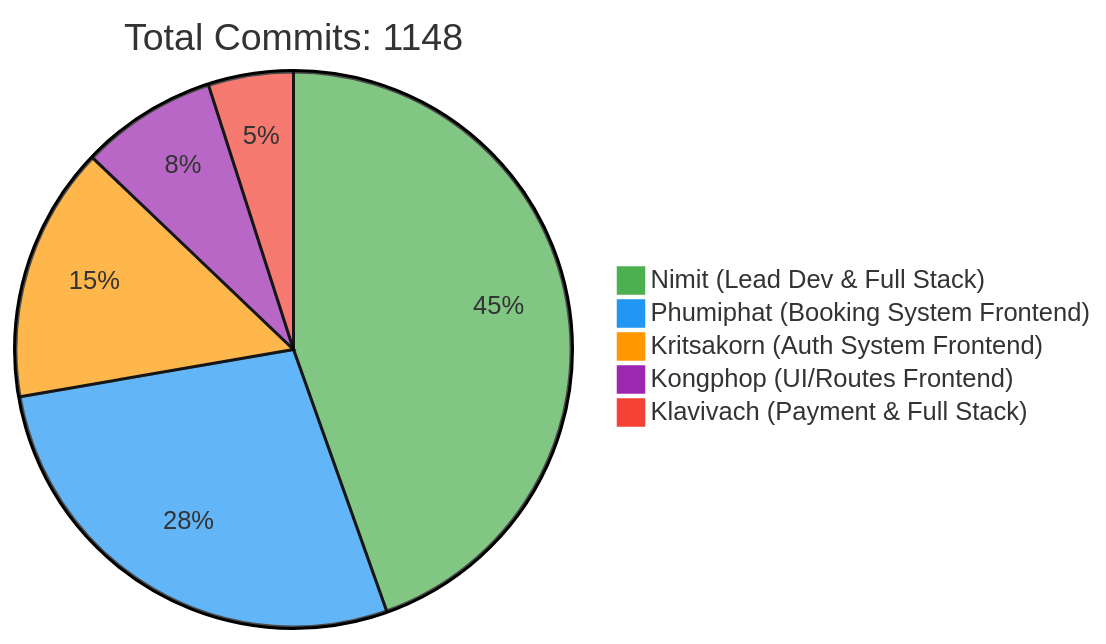
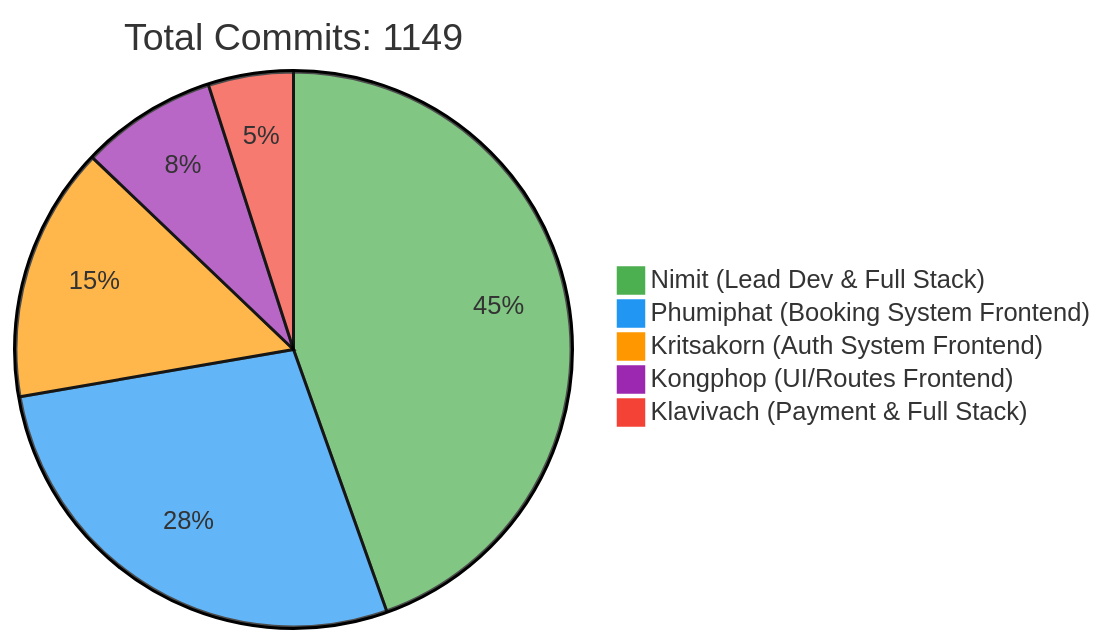
One commit to 6531503042/Sport-Complex changed the first of 2 diagrams in README.md. Above: the diagram before and after it, drawn with Mermaid. The commit also changed other lines of this file, not shown here.

Commit message:
docs: Update contributor statistics [skip ci]

````diff
--- a/README.md
+++ b/README.md
@@ -257,10 +257,10 @@
 ```mermaid
 %%{init: {'theme': 'base', 'themeVariables': { 'pie1': '#4CAF50', 'pie2': '#2196F3', 'pie3': '#FF9800', 'pie4': '#9C27B0', 'pie5': '#F44336'}}}%%
 pie
-    title Total Commits: 1148
+    title Total Commits: 1149
     "Nimit (Lead Dev & Full Stack)" : 450
     "Phumiphat (Booking System Frontend)" : 280
     "Kritsakorn (Auth System Frontend)" : 150
     "Kongphop (UI/Routes Frontend)" : 80
     "Klavivach (Payment & Full Stack)" : 50
 ```
````
